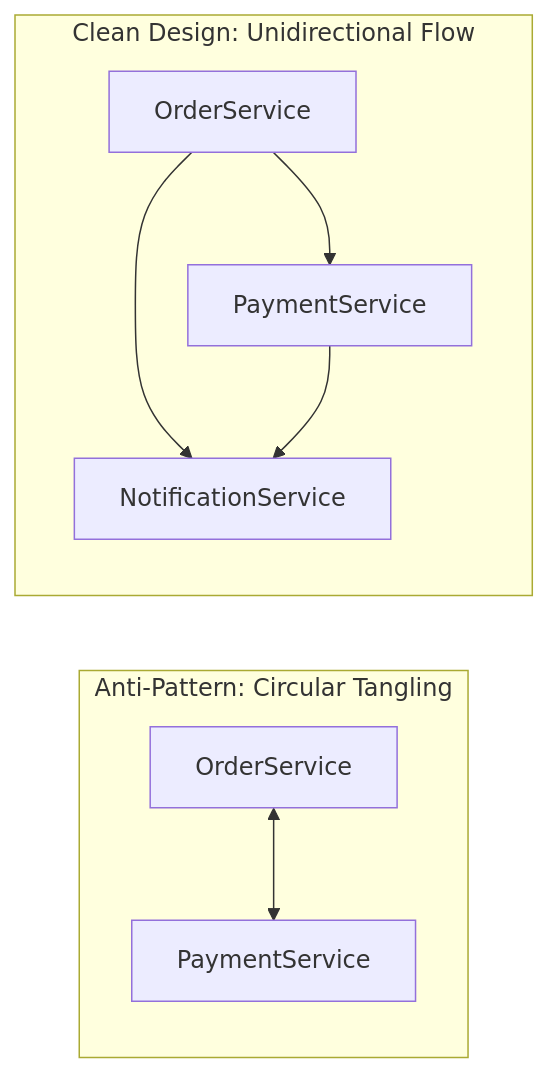
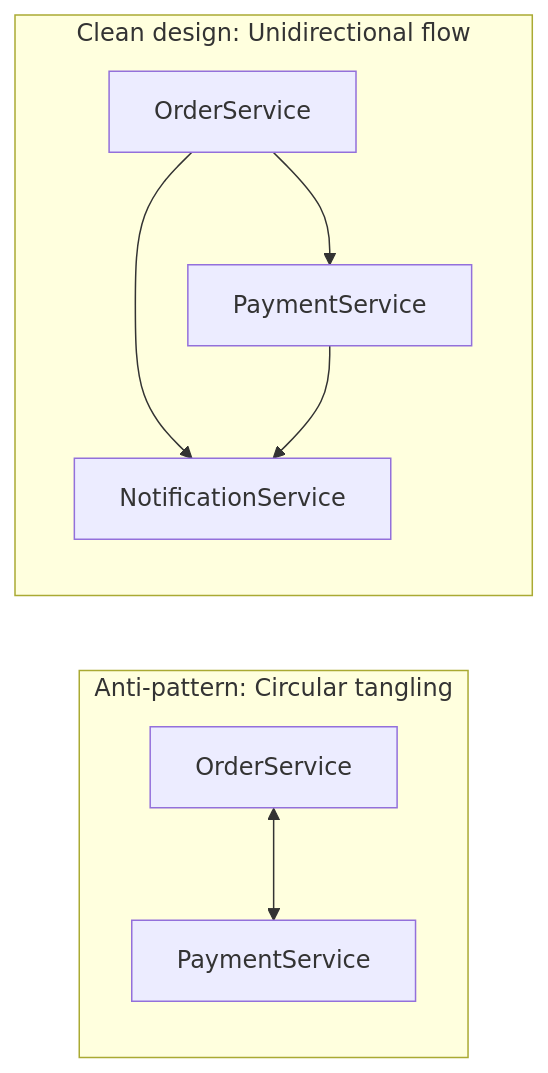
The third of 3 diagrams in docs/debugging/circular-dependencies.md (Rohit1024/spring-boot-mastery), drawn with Mermaid before and after one commit. The commit also changed other lines of this file and 117 other files, not shown here.

````diff
--- a/docs/debugging/circular-dependencies.md
+++ b/docs/debugging/circular-dependencies.md
@@ -70,12 +70,12 @@
 ``` mermaid
 flowchart LR
-    subgraph Before["Anti-Pattern: Circular Tangling"]
+    subgraph Before["Anti-pattern: Circular tangling"]
         A1[OrderService] <--> B1[PaymentService]
     end
 
-    subgraph After["Clean Design: Unidirectional Flow"]
+    subgraph After["Clean design: Unidirectional flow"]
         A2[OrderService] --> N[NotificationService]
         B2[PaymentService] --> N
         A2 --> B2
     end
 ```
````
